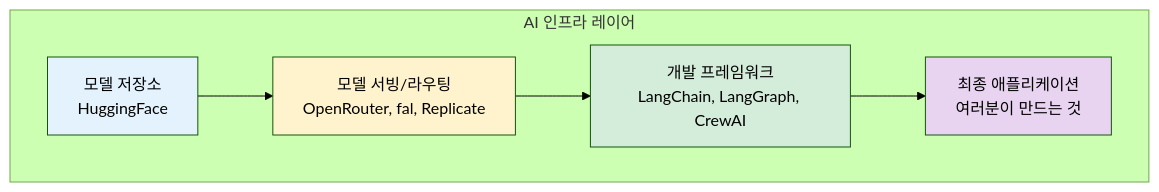
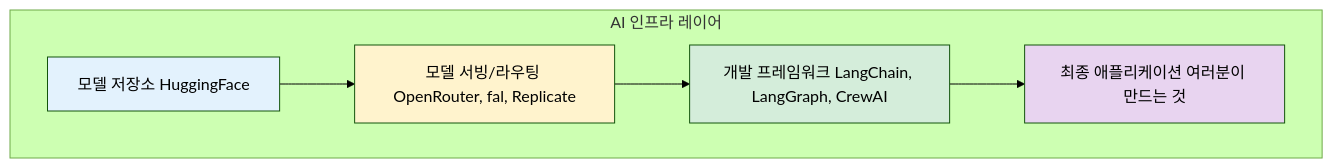
The fifth of 5 diagrams in 02-literacy/27-hub.md (Kanghyeop/pages-book-agent101), drawn with Mermaid (forest theme) before and after one commit. The commit also changed 48 other files, not shown here.

First line of the commit message:
fix: Mermaid 렌더링 + SVG 경로 수정

````diff
--- a/02-literacy/27-hub.md
+++ b/02-literacy/27-hub.md
@@ -186,16 +186,16 @@
 ```mermaid
 flowchart TB
     subgraph 인프라[AI 인프라 레이어]
-        A[모델 저장소<br/>HuggingFace]
-        B[모델 서빙/라우팅<br/>OpenRouter, fal, Replicate]
-        C[개발 프레임워크<br/>LangChain, LangGraph, CrewAI]
-        D[최종 애플리케이션<br/>여러분이 만드는 것]
+        A[모델 저장소 HuggingFace]
+        B[모델 서빙/라우팅 OpenRouter, fal, Replicate]
+        C[개발 프레임워크 LangChain, LangGraph, CrewAI]
+        D[최종 애플리케이션 여러분이 만드는 것]
     end
 
     A --> B --> C --> D
 
     style A fill:#E3F2FD
     style B fill:#FFF3CD
     style C fill:#D4EDDA
     style D fill:#E8D4F0
 ```
````
